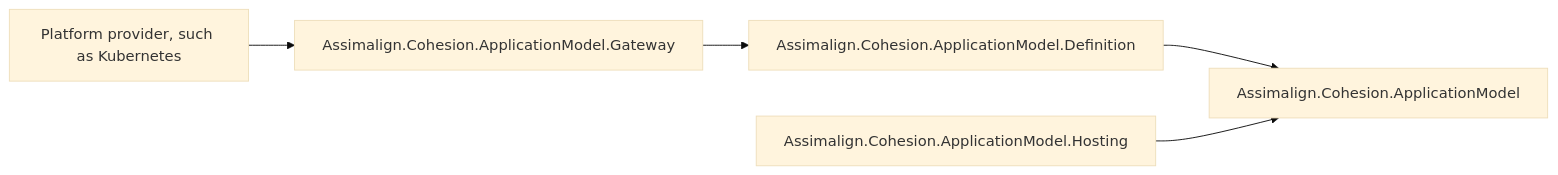
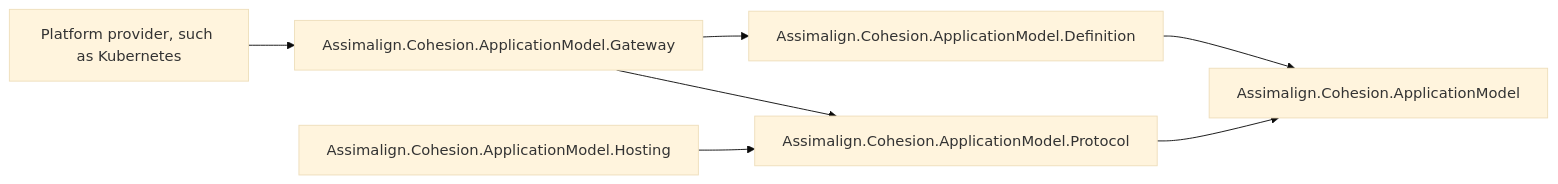
Before and after one commit to assimalign/cohesion: the first of 4 diagrams in libraries/ApplicationModel/Assimalign.Cohesion.ApplicationModel.Gateway/docs/DESIGN.md, drawn with Mermaid (base theme). The commit also changed other lines of this file and 219 other files, not shown here.

````diff
--- a/libraries/ApplicationModel/Assimalign.Cohesion.ApplicationModel.Gateway/docs/DESIGN.md
+++ b/libraries/ApplicationModel/Assimalign.Cohesion.ApplicationModel.Gateway/docs/DESIGN.md
@@ -30,7 +33,9 @@
 ```mermaid
 flowchart LR
     Platform["Platform provider, such as Kubernetes"] --> Gateway["Assimalign.Cohesion.ApplicationModel.Gateway"]
     Gateway --> Definition["Assimalign.Cohesion.ApplicationModel.Definition"]
-    Definition --> Contracts["Assimalign.Cohesion.ApplicationModel"]
-    Hosting["Assimalign.Cohesion.ApplicationModel.Hosting"] --> Contracts
+    Gateway --> Protocol["Assimalign.Cohesion.ApplicationModel.Protocol"]
+    Definition --> Identity["Assimalign.Cohesion.ApplicationModel"]
+    Protocol --> Identity
+    Hosting["Assimalign.Cohesion.ApplicationModel.Hosting"] --> Protocol
 ```
````
